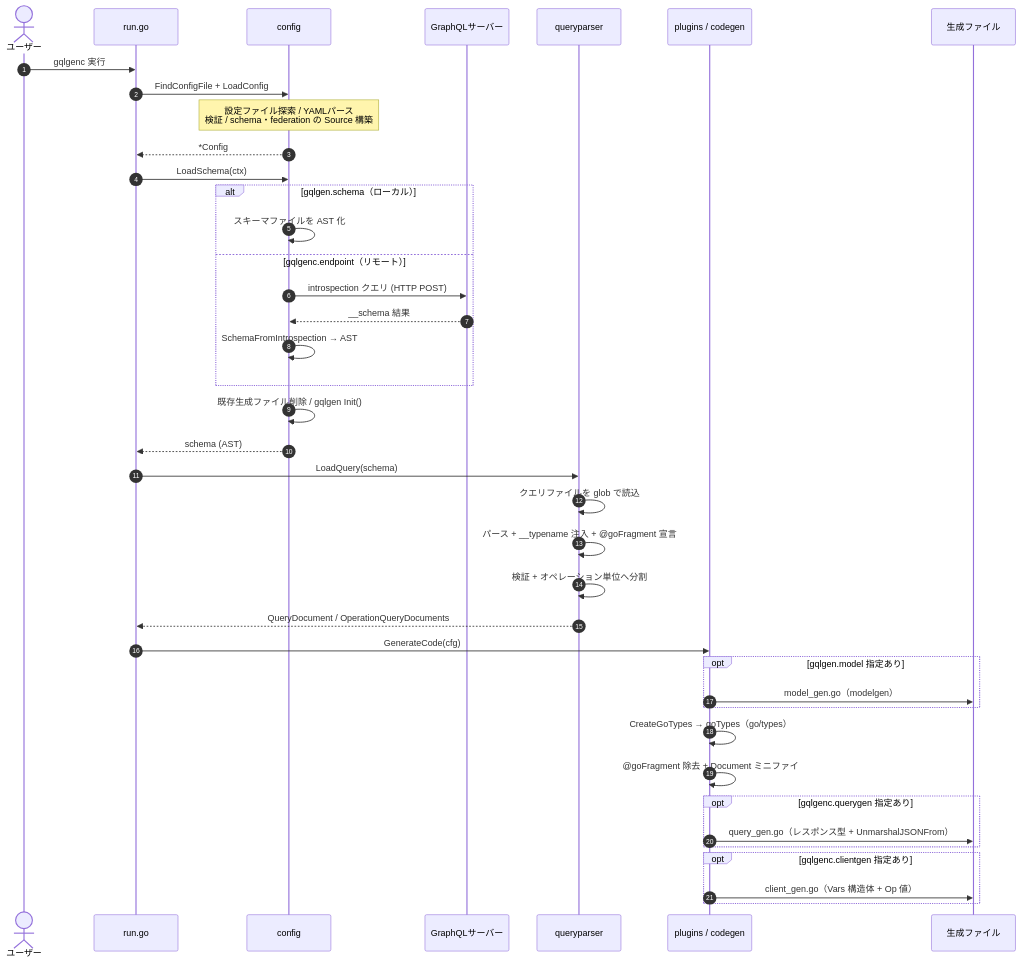
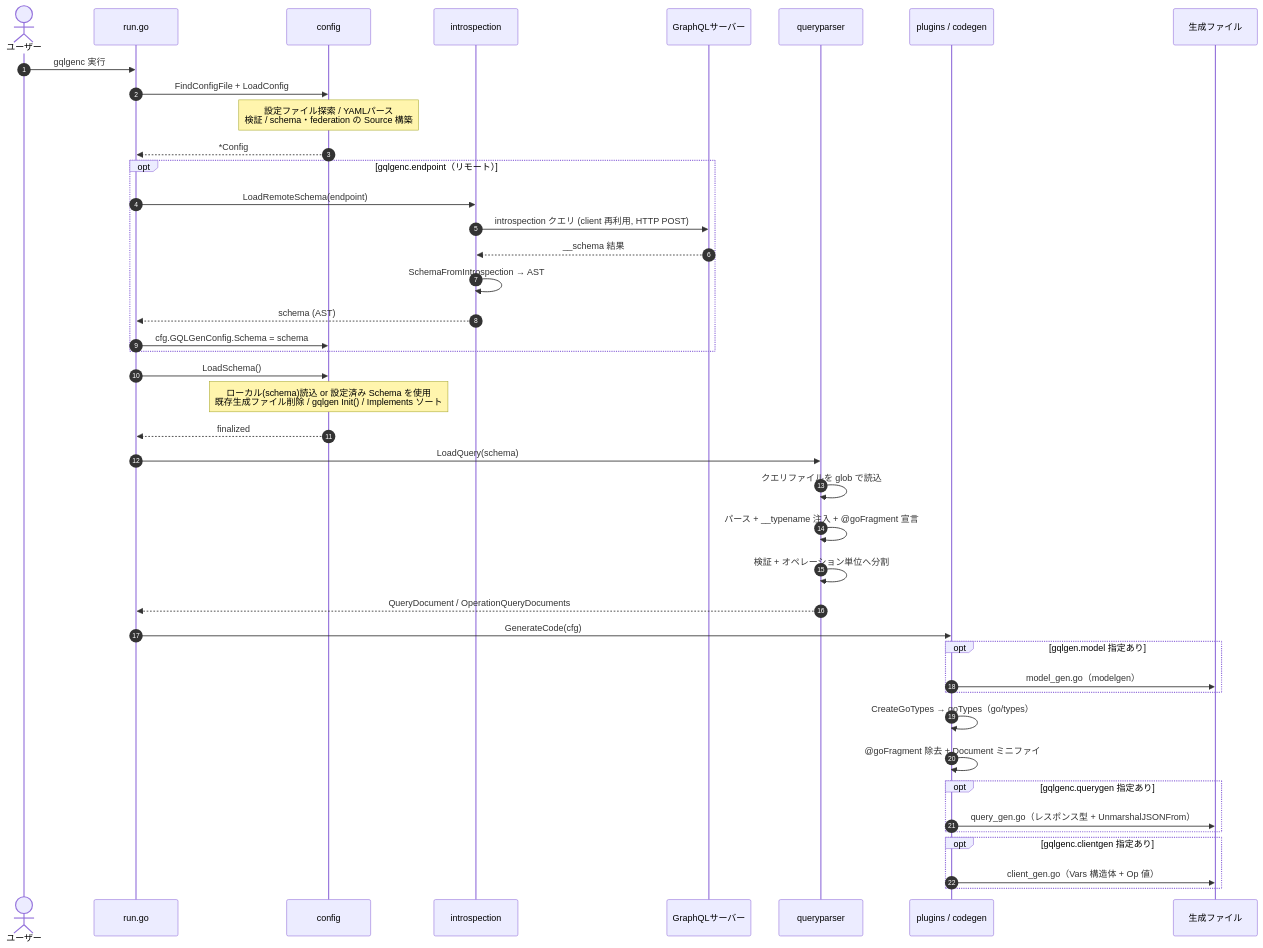
The first of 2 diagrams in README.md (gqlgo/gqlgenc), drawn with Mermaid before and after one commit. The commit also changed other lines of this file and 10 other files, not shown here.

First line of the commit message:
Decouple config from the client package via dependency inversion

````diff
--- a/README.md
+++ b/README.md
@@ -400,46 +400,49 @@
 ```mermaid
 sequenceDiagram
     autonumber
     actor U as ユーザー
     participant run as run.go
     participant cfg as config
+    participant intro as introspection
     participant srv as GraphQLサーバー
     participant qp as queryparser
     participant gen as plugins / codegen
     participant out as 生成ファイル
 
     U->>run: gqlgenc 実行
     run->>cfg: FindConfigFile + LoadConfig
     Note over cfg: 設定ファイル探索 / YAMLパース<br/>検証 / schema・federation の Source 構築
     cfg-->>run: *Config
 
-    run->>cfg: LoadSchema(ctx)
-    alt gqlgen.schema（ローカル）
-        cfg->>cfg: スキーマファイルを AST 化
-    else gqlgenc.endpoint（リモート）
-        cfg->>srv: introspection クエリ (HTTP POST)
-        srv-->>cfg: __schema 結果
-        cfg->>cfg: SchemaFromIntrospection → AST
+    opt gqlgenc.endpoint（リモート）
+        run->>intro: LoadRemoteSchema(endpoint)
+        intro->>srv: introspection クエリ (client 再利用, HTTP POST)
+        srv-->>intro: __schema 結果
+        intro->>intro: SchemaFromIntrospection → AST
+        intro-->>run: schema (AST)
+        run->>cfg: cfg.GQLGenConfig.Schema = schema
     end
-    cfg->>cfg: 既存生成ファイル削除 / gqlgen Init()
-    cfg-->>run: schema (AST)
+
+    run->>cfg: LoadSchema()
+    Note over cfg: ローカル(schema)読込 or 設定済み Schema を使用<br/>既存生成ファイル削除 / gqlgen Init() / Implements ソート
+    cfg-->>run: finalized
 
     run->>qp: LoadQuery(schema)
     qp->>qp: クエリファイルを glob で読込
     qp->>qp: パース + __typename 注入 + @goFragment 宣言
     qp->>qp: 検証 + オペレーション単位へ分割
     qp-->>run: QueryDocument / OperationQueryDocuments
 
     run->>gen: GenerateCode(cfg)
     opt gqlgen.model 指定あり
         gen->>out: model_gen.go（modelgen）
     end
     gen->>gen: CreateGoTypes → goTypes（go/types）
     gen->>gen: @goFragment 除去 + Document ミニファイ
     opt gqlgenc.querygen 指定あり
         gen->>out: query_gen.go（レスポンス型 + UnmarshalJSONFrom）
     end
     opt gqlgenc.clientgen 指定あり
         gen->>out: client_gen.go（Vars 構造体 + Op 値）
     end
 ```
````
